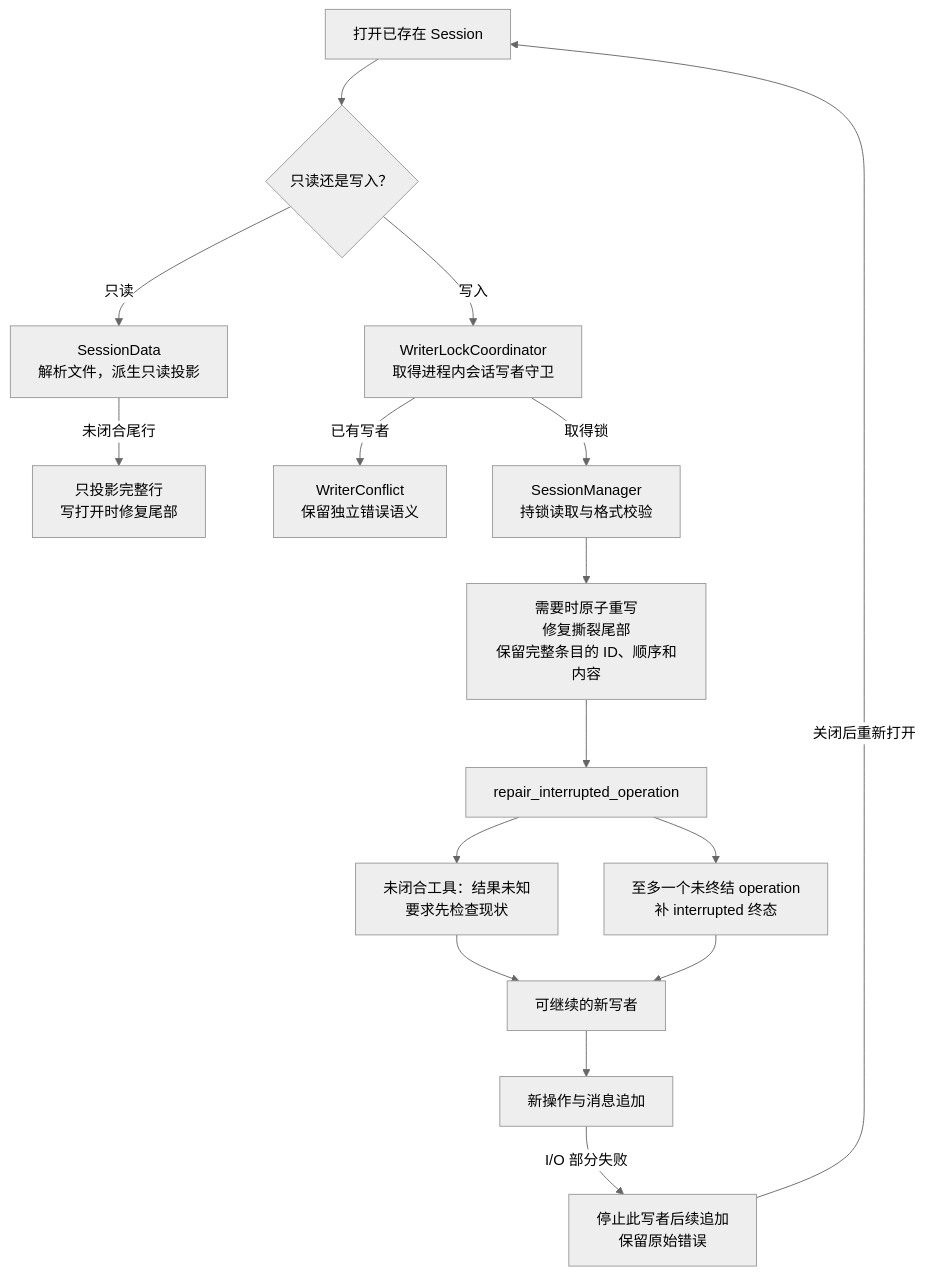
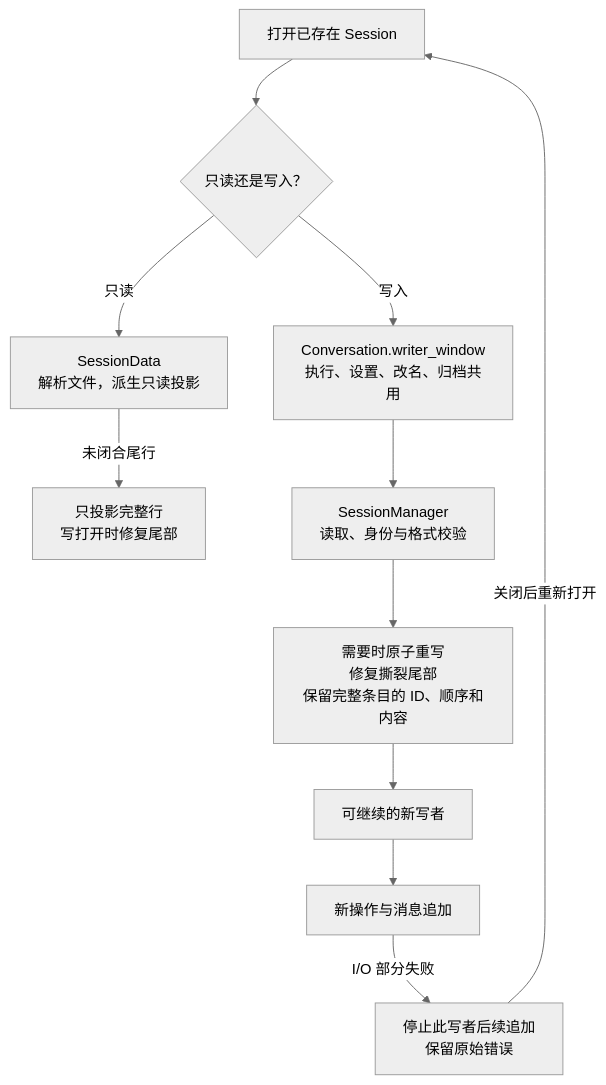
Before and after one commit to qjcnmd/singularity-agent: diagram 28 of 29 in docs/architecture.md, drawn with Mermaid (neutral theme). The commit also changed other lines of this file and 132 other files, not shown here.

````diff
--- a/docs/architecture.md
+++ b/docs/architecture.md
@@ -780,18 +781,13 @@
 ```mermaid
 flowchart TB
     Open["打开已存在 Session"] --> Mode{"只读还是写入？"}
     Mode -->|"只读"| Read["SessionData<br/>解析文件，派生只读投影"]
     Read -->|"未闭合尾行"| CompleteLines["只投影完整行<br/>写打开时修复尾部"]
-    Mode -->|"写入"| Lock["WriterLockCoordinator<br/>取得进程内会话写者守卫"]
-    Lock -->|"已有写者"| Conflict["WriterConflict<br/>保留独立错误语义"]
-    Lock -->|"取得锁"| Manager["SessionManager<br/>持锁读取与格式校验"]
+    Mode -->|"写入"| Window["Conversation.writer_window<br/>执行、设置、改名、归档共用"]
+    Window --> Manager["SessionManager<br/>读取、身份与格式校验"]
     Manager --> Rewrite["需要时原子重写<br/>修复撕裂尾部<br/>保留完整条目的 ID、顺序和内容"]
-    Rewrite --> Repair["repair_interrupted_operation"]
-    Repair --> Unknown["未闭合工具：结果未知<br/>要求先检查现状"]
-    Repair --> Interrupted["至多一个未终结 operation<br/>补 interrupted 终态"]
-    Unknown --> Ready["可继续的新写者"]
-    Interrupted --> Ready
+    Rewrite --> Ready["可继续的新写者"]
     Ready --> Append["新操作与消息追加"]
     Append -->|"I/O 部分失败"| Stop["停止此写者后续追加<br/>保留原始错误"]
     Stop -->|"关闭后重新打开"| Open
 ```
````
